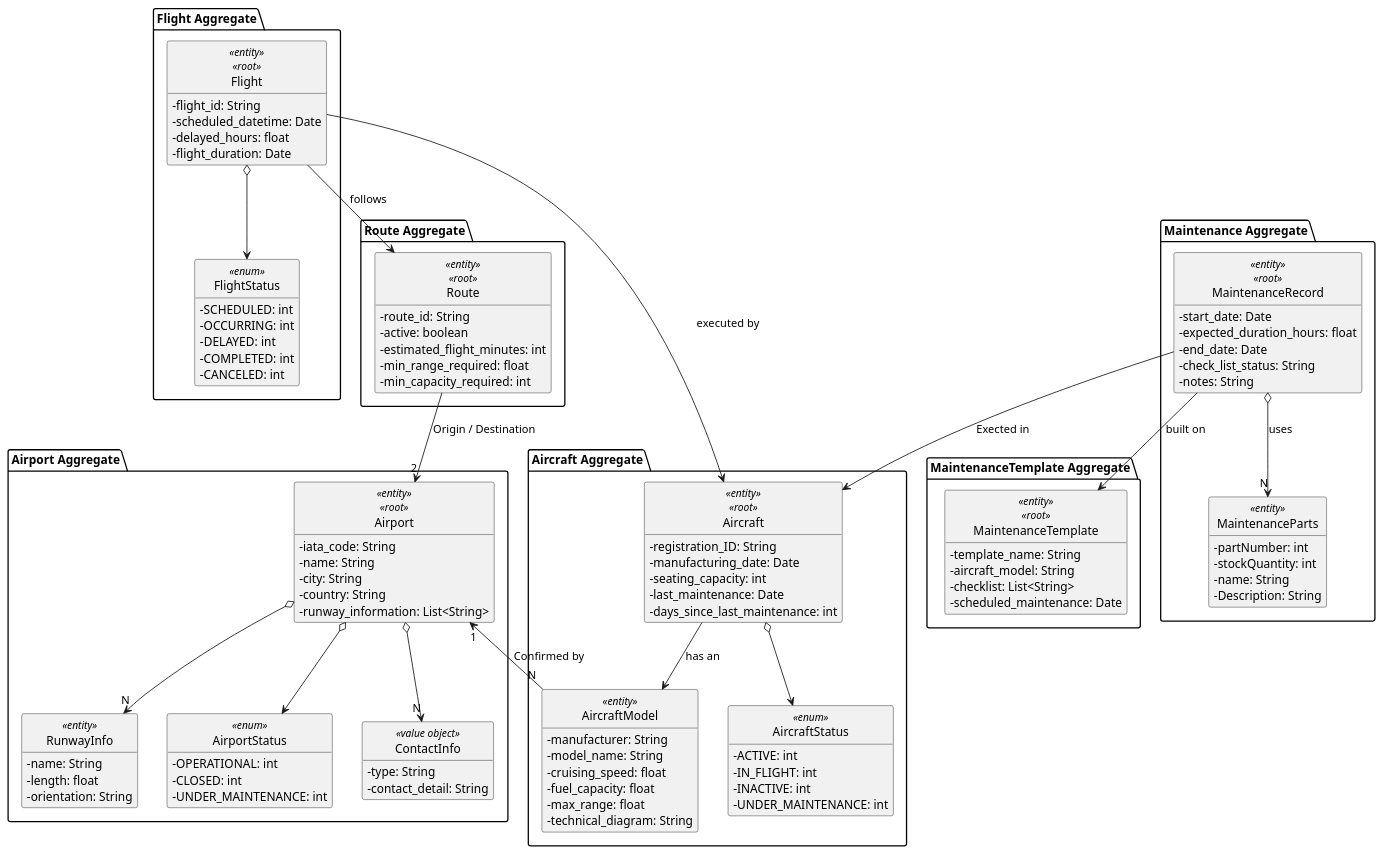
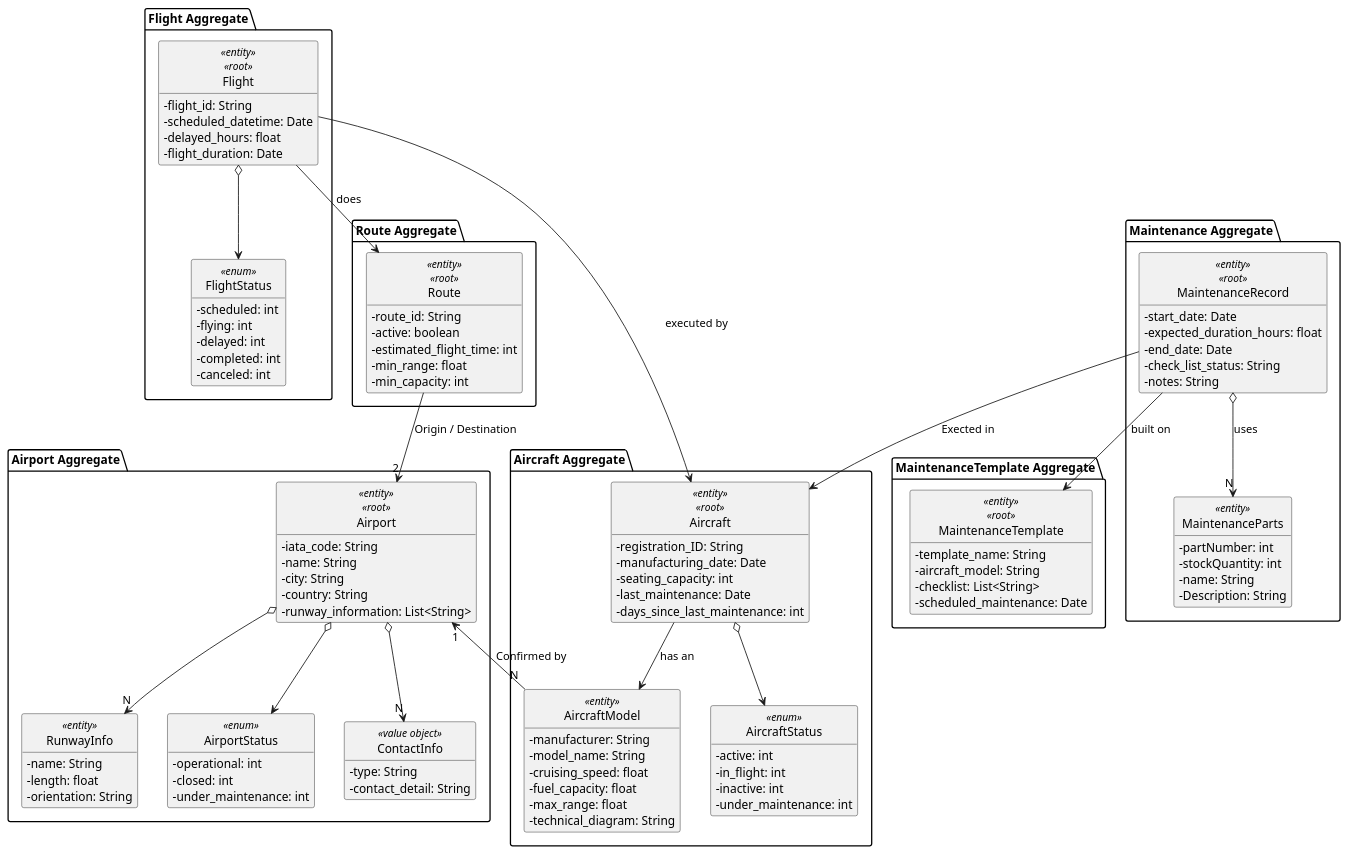
Before and after one commit to 20596Vitor/PSOFT_1232067_1230857_1241034: the diagram in docs/MD.puml, drawn with PlantUML.

Commit message:
Corrigidos alguns termos.

```diff
--- a/docs/MD.puml
+++ b/docs/MD.puml
@@ -1,136 +1,136 @@
 @startuml
 'https://plantuml.com/class-diagram
 
 
 hide circle
 hide methods
 skinparam classAttributeIconSize 0
 
 package "Aircraft Aggregate"{
 class AircraftModel <<entity>> {
     - manufacturer: String
     - model_name: String
     - cruising_speed: float
     - fuel_capacity: float
     - max_range: float
     - technical_diagram: String
 }
 
 class Aircraft <<entity>> <<root>> {
     - registration_ID: String
     - manufacturing_date: Date
     - seating_capacity: int
     - last_maintenance: Date
     - days_since_last_maintenance: int
 }
 
 Aircraft o--> AircraftStatus
 Aircraft --> AircraftModel : "has an"
 
 class AircraftStatus <<enum>> {
-    - ACTIVE: int
-    - IN_FLIGHT: int
-    - INACTIVE: int
-    - UNDER_MAINTENANCE: int
+    - active: int
+    - in_flight: int
+    - inactive: int
+    - under_maintenance: int
 }
 }
 
 package "Airport Aggregate" {
     class Airport <<entity>> <<root>> {
         - iata_code: String
         - name: String
         - city: String
         - country: String
         - runway_information: List<String>
     }
 
     Airport o--> "N" RunwayInfo
     Airport o--> AirportStatus
     Airport o--> "N" ContactInfo
 
     class ContactInfo <<value object>> {
         - type: String
         - contact_detail: String
     }
 
     class RunwayInfo <<entity>> {
         - name: String
         - length: float
         - orientation: String
     }
 
     class AirportStatus <<enum>> {
-        - OPERATIONAL: int
-        - CLOSED: int
-        - UNDER_MAINTENANCE: int
+        - operational: int
+        - closed: int
+        - under_maintenance: int
     }
 }
 
 package "Flight Aggregate"{
 
 
 class Flight <<entity>> <<root>> {
     - flight_id: String
     - scheduled_datetime: Date
     - delayed_hours: float
     - flight_duration: Date
 }
 
 Flight o--> FlightStatus
 
 
 class FlightStatus <<enum>> {
-    - SCHEDULED: int
-    - OCCURRING: int
-    - DELAYED: int
-    - COMPLETED: int
-    - CANCELED: int
+    - scheduled: int
+    - flying: int
+    - delayed: int
+    - completed: int
+    - canceled: int
 }
 }
 
 package "Route Aggregate"{
 class Route <<entity>> <<root>>{
     - route_id: String
     - active: boolean
-    - estimated_flight_minutes: int
-    - min_range_required: float
-    - min_capacity_required: int
+    - estimated_flight_time: int
+    - min_range: float
+    - min_capacity: int
 }
 }
 
 package "Maintenance Aggregate" {
 MaintenanceRecord o--> "N" MaintenanceParts : "uses"
 class MaintenanceRecord <<entity>> <<root>> {
     - start_date: Date
     - expected_duration_hours: float
     - end_date: Date
     - check_list_status: String
     - notes: String
 }
 
 class MaintenanceParts <<entity>>{
     - partNumber: int
     - stockQuantity: int
     - name: String
     - Description: String
 }
 
 }
 
 package "MaintenanceTemplate Aggregate"{
 class MaintenanceTemplate <<entity>> <<root>> {
     - template_name: String
     - aircraft_model: String
     - checklist: List<String>
     - scheduled_maintenance: Date
 }
 
 }
 MaintenanceRecord --> MaintenanceTemplate : "built on"
 Airport "1" <-- "N" AircraftModel : "Confirmed by   "
 Route --> "2" Airport : "Origin / Destination"
 MaintenanceRecord --> Aircraft : "Exected in"
-Flight --> Route : "follows"
+Flight --> Route : "does"
 Flight --> Aircraft : "executed by"
 
 @enduml
```
